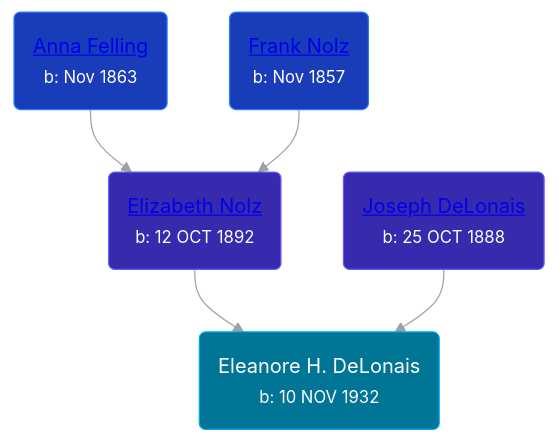
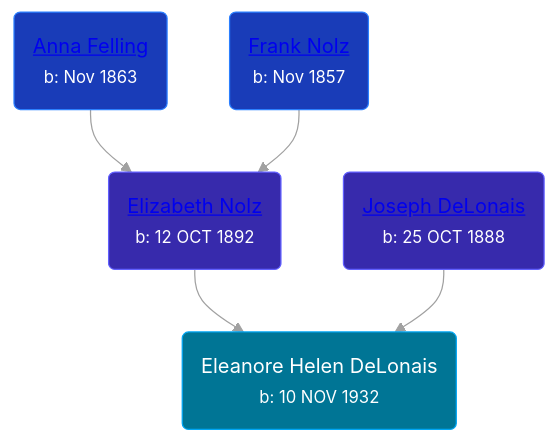
One commit to wpmgotkh/wpmgotkh.github.io changed the diagram in pages/people/4/45463626.md. Above: the diagram before and after it, drawn with Mermaid. The commit also changed other lines of this file and 213 other files, not shown here.

````diff
--- a/pages/people/4/45463626.md
+++ b/pages/people/4/45463626.md
@@ -11,12 +11,12 @@
 ```mermaid
 graph
 classDef grands fill:#193cb8,stroke:#2b7fff,stroke-width:1px,color:#fff;
 classDef parents fill:#372aac,stroke:#615fff,stroke-width:1px,color:#fff;
 classDef primary fill:#007595,stroke:#00a6f4,stroke-width:1px,color:#fff;
-45463626(Eleanore H. DeLonais<br /><small>b: 10 NOV 1932</small>):::primary
+45463626(Eleanore Helen DeLonais<br /><small>b: 10 NOV 1932</small>):::primary
 37387446(<a class="text-white" href="/people/3/37387446">Elizabeth Nolz</a><br /><small>b: 12 OCT 1892</small>):::parents-->45463626
 1735561(<a class="text-white" href="/people/1/1735561">Anna Felling</a><br /><small>b: Nov 1863</small>):::grands-->37387446
 61628928(<a class="text-white" href="/people/6/61628928">Frank Nolz</a><br /><small>b: Nov 1857</small>):::grands-->37387446
 72748828(<a class="text-white" href="/people/7/72748828">Joseph DeLonais</a><br /><small>b: 25 OCT 1888</small>):::parents-->45463626
 linkStyle default stroke:#a1a1a1
 ```
````
